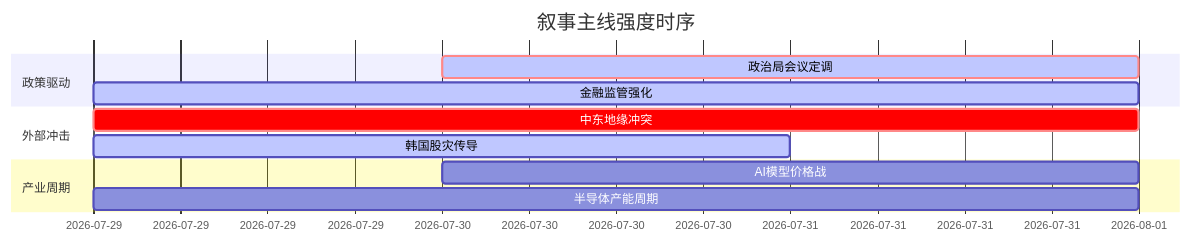
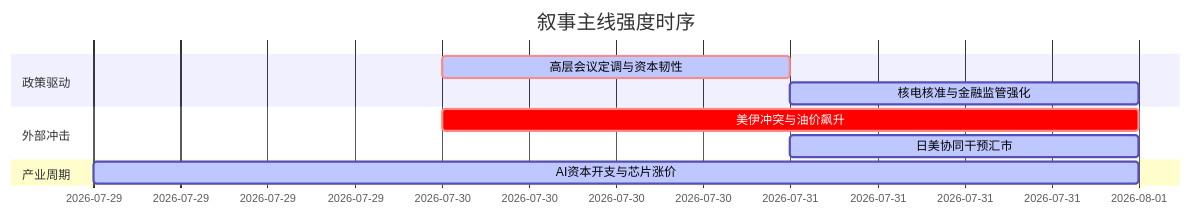
Before and after one commit to uu5zn/uu5zn.github.io: the diagram in 5day_report.md, drawn with Mermaid. The commit also changed other lines of this file and 4 other files, not shown here.

````diff
--- a/5day_report.md
+++ b/5day_report.md
@@ -58,16 +55,15 @@
 ```mermaid
 gantt
     title 叙事主线强度时序
-    dateFormat YYYY-MM-DD
+    dateFormat  YYYY-MM-DD
     section 政策驱动
-    政治局会议定调   :crit, active, 2026-07-30, 2d
-    金融监管强化     :active, 2026-07-29, 3d
+    高层会议定调与资本韧性   :crit, active, 2026-07-30, 1d
+    核电核准与金融监管强化   :active, 2026-07-31, 1d
     
     section 外部冲击
-    中东地缘冲突     :crit, 2026-07-29, 3d
-    韩国股灾传导     :active, 2026-07-29, 2d
+    美伊冲突与油价飙升       :crit, 2026-07-30, 2d
+    日美协同干预汇市         :active, 2026-07-31, 1d
     
     section 产业周期
-    AI模型价格战     :2026-07-30, 2d
-    半导体产能周期   :2026-07-29, 3d
+    AI资本开支与芯片涨价     :active, 2026-07-29, 3d
 ```
````
